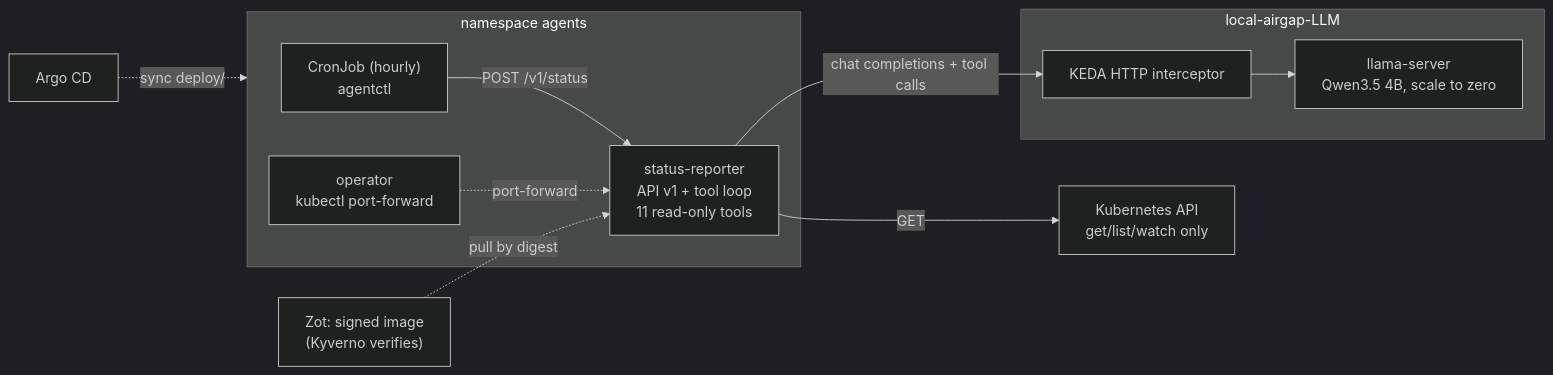
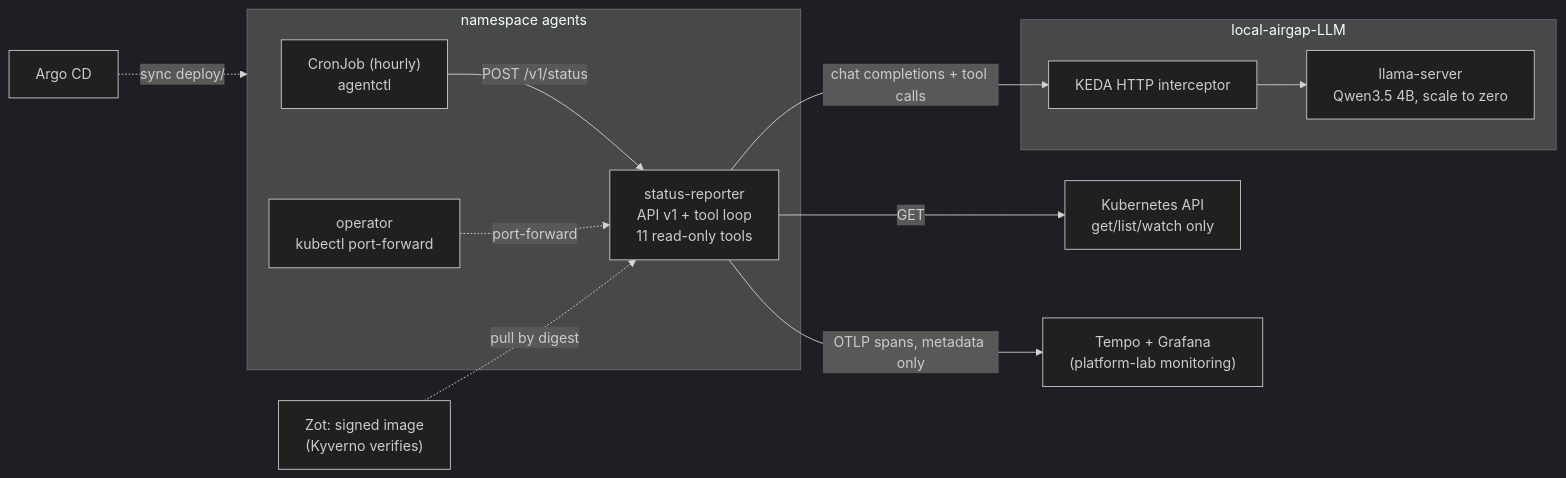
One commit to JGGHalfhide/local-agents changed the diagram in README.md. Above: the diagram before and after it, drawn with Mermaid (dark theme). The commit also changed other lines of this file and 2 other files, not shown here.

````diff
--- a/README.md
+++ b/README.md
@@ -53,19 +65,20 @@
 ```mermaid
 flowchart LR
   subgraph agents["namespace agents"]
     cron["CronJob (hourly)<br/>agentctl"]
     op["operator<br/>kubectl port-forward"]
     sr["status-reporter<br/>API v1 + tool loop<br/>11 read-only tools"]
   end
   subgraph llm["local-airgap-LLM"]
     icp["KEDA HTTP interceptor"]
     srv["llama-server<br/>Qwen3.5 4B, scale to zero"]
   end
   api["Kubernetes API<br/>get/list/watch only"]
   cron -- "POST /v1/status" --> sr
   op -. "port-forward" .-> sr
   sr -- "chat completions + tool calls" --> icp --> srv
   sr -- "GET" --> api
+  sr -- "OTLP spans, metadata only" --> tempo["Tempo + Grafana<br/>(platform-lab monitoring)"]
   zot["Zot: signed image<br/>(Kyverno verifies)"] -. "pull by digest" .-> sr
   argo["Argo CD"] -. "sync deploy/" .-> agents
 ```
````
